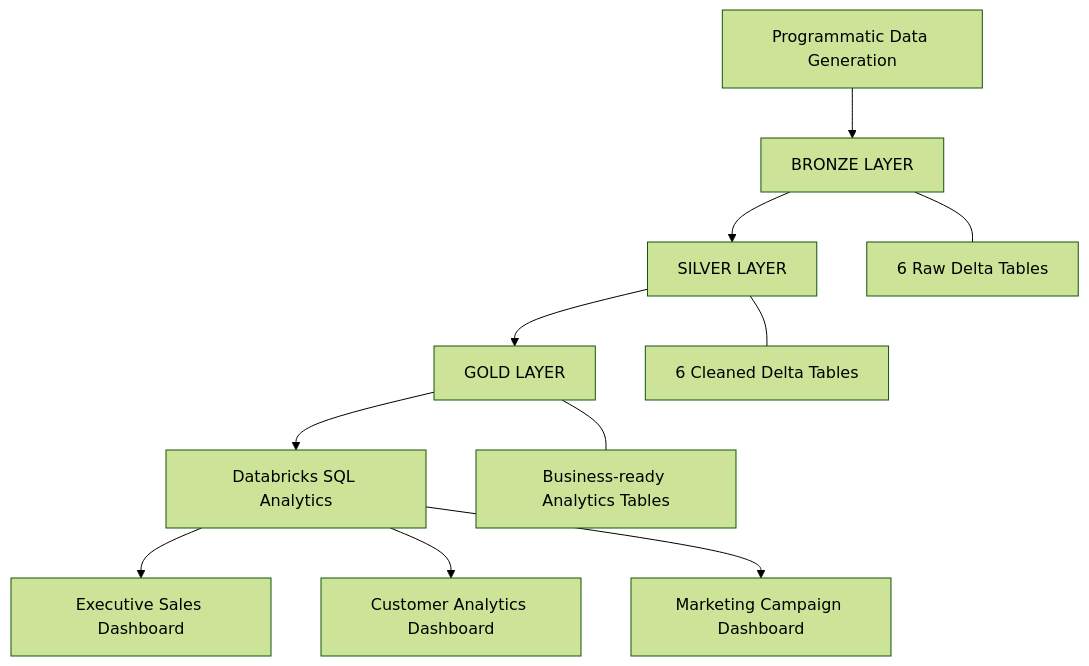
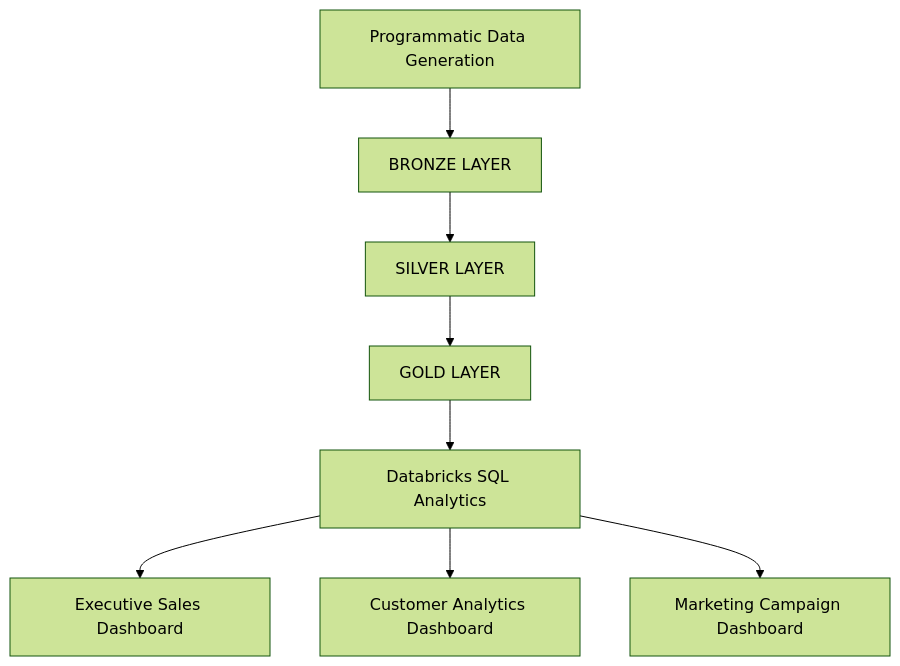
Before and after one commit to yashhdubey03/fashion-retail-analytics-lakehouse: the diagram in README.md, drawn with Mermaid (forest theme). The commit also changed other lines of this file, not shown here.

````diff
--- a/README.md
+++ b/README.md
@@ -66,14 +74,10 @@
 ```mermaid
 flowchart TD
     A["Programmatic Data Generation"] --> B["BRONZE LAYER"]
     B --> C["SILVER LAYER"]
     C --> D["GOLD LAYER"]
     D --> E["Databricks SQL Analytics"]
     E --> F["Executive Sales Dashboard"]
     E --> G["Customer Analytics Dashboard"]
     E --> H["Marketing Campaign Dashboard"]
-
-    B --- B1["6 Raw Delta Tables"]
-    C --- C1["6 Cleaned Delta Tables"]
-    D --- D1["Business-ready Analytics Tables"]
 ```
````
